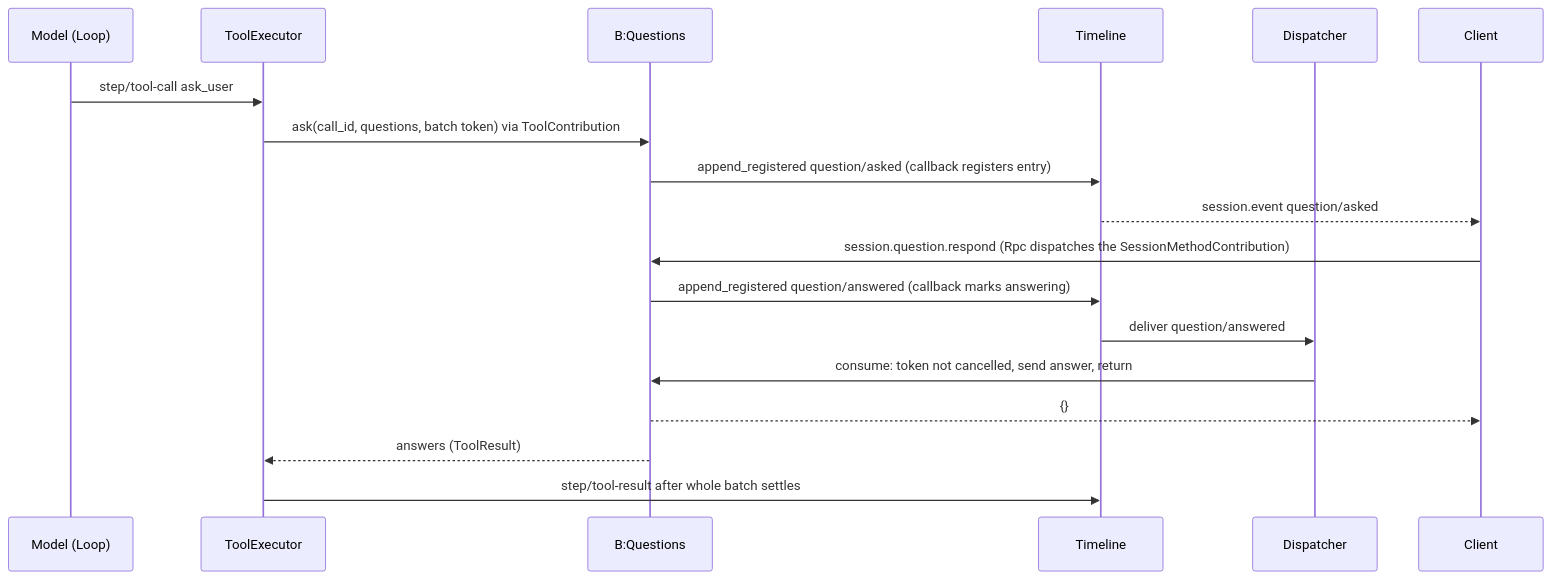
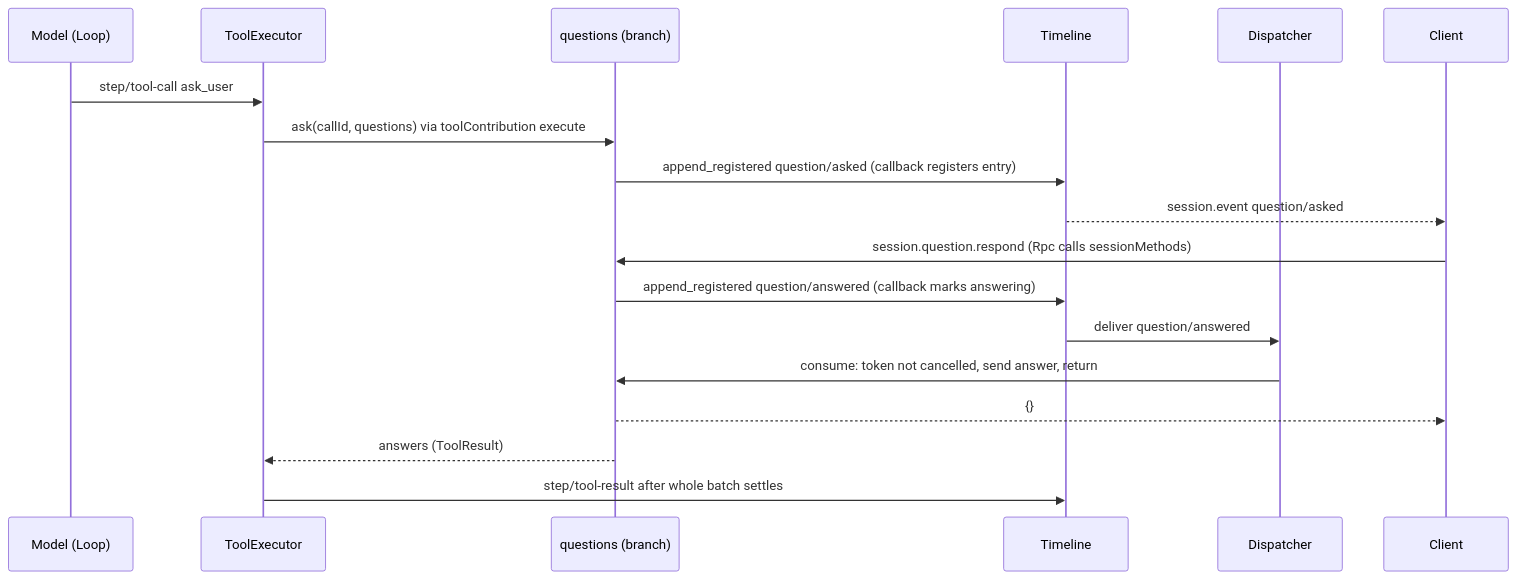
Before and after one commit to CoutinhoTTS/dim-agent: the third of 6 diagrams in docs/design/plugins/Questions.md, drawn with Mermaid. The commit also changed other lines of this file and 3 other files, not shown here.

````diff
--- a/docs/design/plugins/Questions.md
+++ b/docs/design/plugins/Questions.md
@@ -90,20 +90,20 @@
 ```mermaid
 sequenceDiagram
   participant M as Model (Loop)
   participant TE as ToolExecutor
-  participant Q as B:Questions
+  participant Q as questions (branch)
   participant TL as Timeline
   participant D as Dispatcher
   participant C as Client
   M->>TE: step/tool-call ask_user
-  TE->>Q: ask(call_id, questions, batch token) via ToolContribution
+  TE->>Q: ask(callId, questions) via toolContribution execute
   Q->>TL: append_registered question/asked (callback registers entry)
   TL-->>C: session.event question/asked
-  C->>Q: session.question.respond (Rpc dispatches the SessionMethodContribution)
+  C->>Q: session.question.respond (Rpc calls sessionMethods)
   Q->>TL: append_registered question/answered (callback marks answering)
   TL->>D: deliver question/answered
   D->>Q: consume: token not cancelled, send answer, return
   Q-->>C: {}
   Q-->>TE: answers (ToolResult)
   TE->>TL: step/tool-result after whole batch settles
 ```
````
